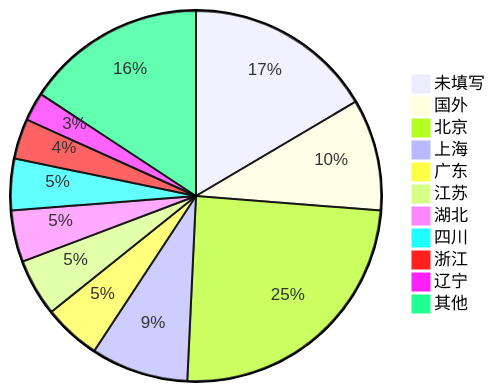
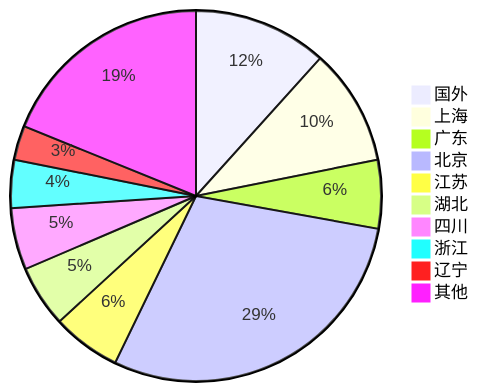
One commit to Hyxpillow/SocialComputing_Homework1 changed the diagram in README.md. Above: the diagram before and after it, drawn with Mermaid. The commit also changed other lines of this file and 4 other files, not shown here.

Commit message:
update charts

````diff
--- a/README.md
+++ b/README.md
@@ -82,14 +65,14 @@
 ```mermaid
 pie
-"未填写":	66
 "国外":	39
-"北京":	98
+
 "上海":	34
 "广东":	20
+"北京":	98
 "江苏":	20
 "湖北":	18
 "四川":	18
 "浙江":	14
 "辽宁":	10
 "其他":   63
 ```
````
